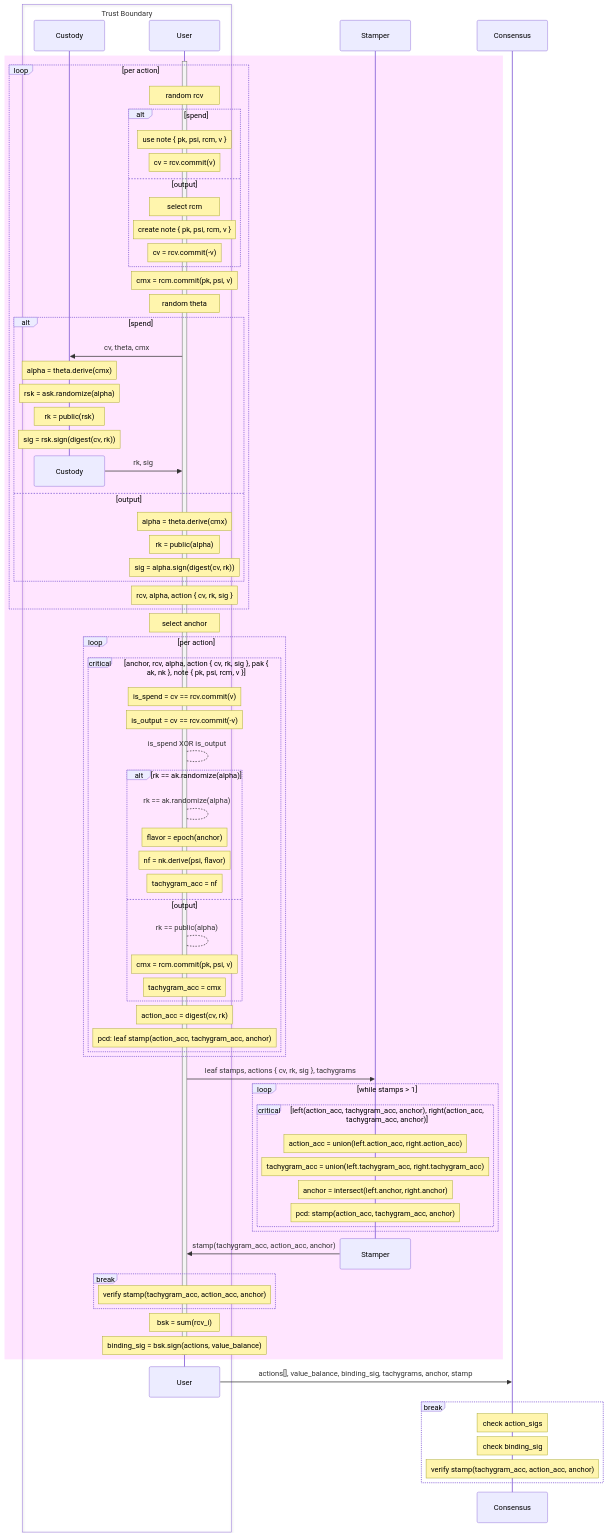
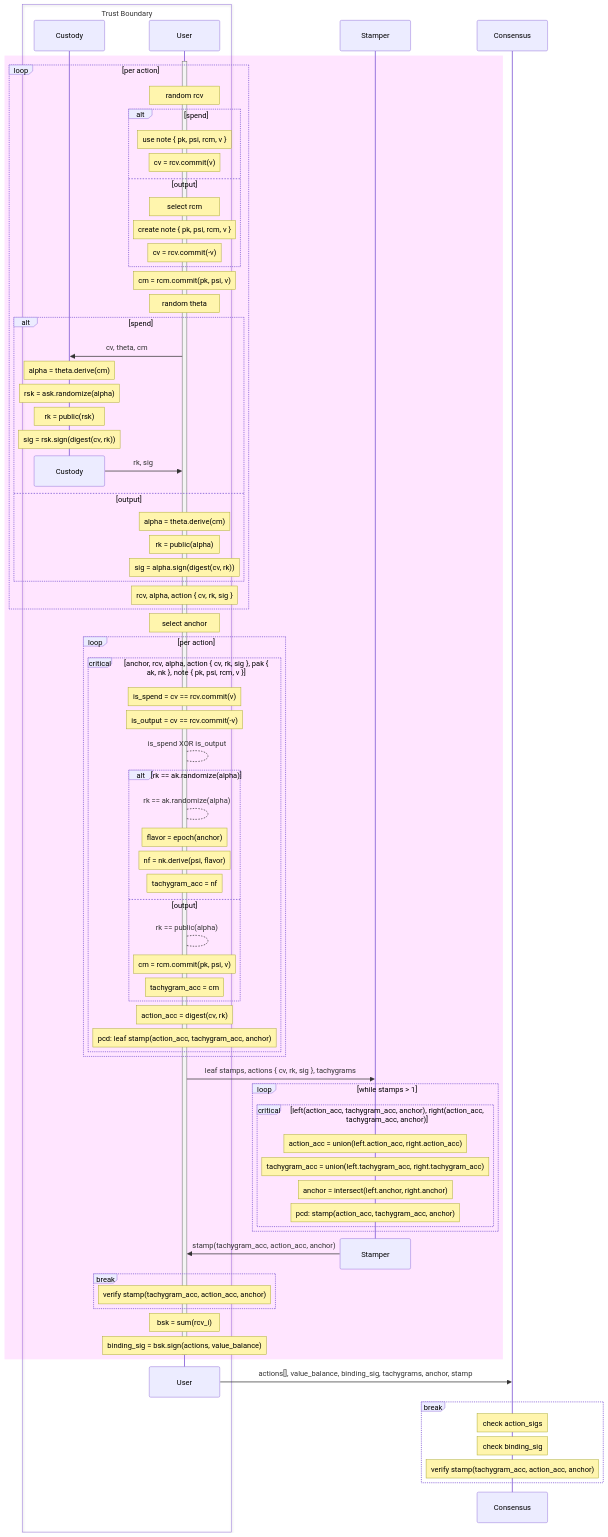
One commit to tachyon-zcash/tachyon changed the second of 2 diagrams in book/src/authorization.md. Above: the diagram before and after it, drawn with Mermaid. The commit also changed other lines of this file and 10 other files, not shown here.

```diff
--- a/book/src/authorization.md
+++ b/book/src/authorization.md
@@ -144,19 +156,19 @@
       note over User: create note { pk, psi, rcm, v }
       note over User: cv = rcv.commit(-v)
     end
-    note over User: cmx = rcm.commit(pk, psi, v)
+    note over User: cm = rcm.commit(pk, psi, v)
 
     note over User: random theta
     alt spend
-        User ->> Custody: cv, theta, cmx
-        note over Custody: alpha = theta.derive(cmx)
+        User ->> Custody: cv, theta, cm
+        note over Custody: alpha = theta.derive(cm)
         note over Custody: rsk = ask.randomize(alpha)
         note over Custody: rk = public(rsk)
         note over Custody: sig = rsk.sign(digest(cv, rk))
         destroy Custody
         Custody ->> User: rk, sig
     else output
-        note over User: alpha = theta.derive(cmx)
+        note over User: alpha = theta.derive(cm)
         note over User: rk = public(alpha)
         note over User: sig = alpha.sign(digest(cv, rk))
     end
@@ -177,8 +189,8 @@
             note over User: tachygram_acc = nf
         else output
             User --> User: rk == public(alpha)
-            note over User: cmx = rcm.commit(pk, psi, v)
-            note over User: tachygram_acc = cmx
+            note over User: cm = rcm.commit(pk, psi, v)
+            note over User: tachygram_acc = cm
         end
         note over User: action_acc = digest(cv, rk)
         note over User: pcd: leaf stamp(action_acc, tachygram_acc, anchor)
```
